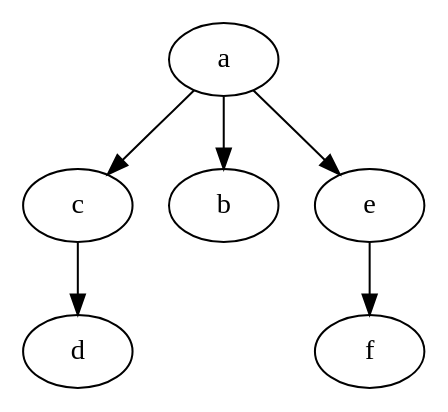
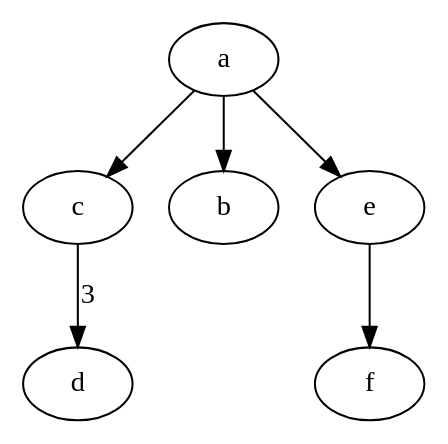
Before and after one commit to loem-ms/sysprog: the diagram in exercises/TOOL/sample.dot, drawn with Graphviz. The commit also changed 9 other files, not shown here.

```diff
--- a/exercises/TOOL/sample.dot
+++ b/exercises/TOOL/sample.dot
@@ -1,8 +1,8 @@
 strict digraph G{
-    c -> d;
+    c -> d [label="1"];
     a -> b;
     a -> c;
-    c -> d;
-    c -> d;
+    c -> d [label="2"];
+    c -> d [label="3"];
     a -> e -> f;
 }
```
